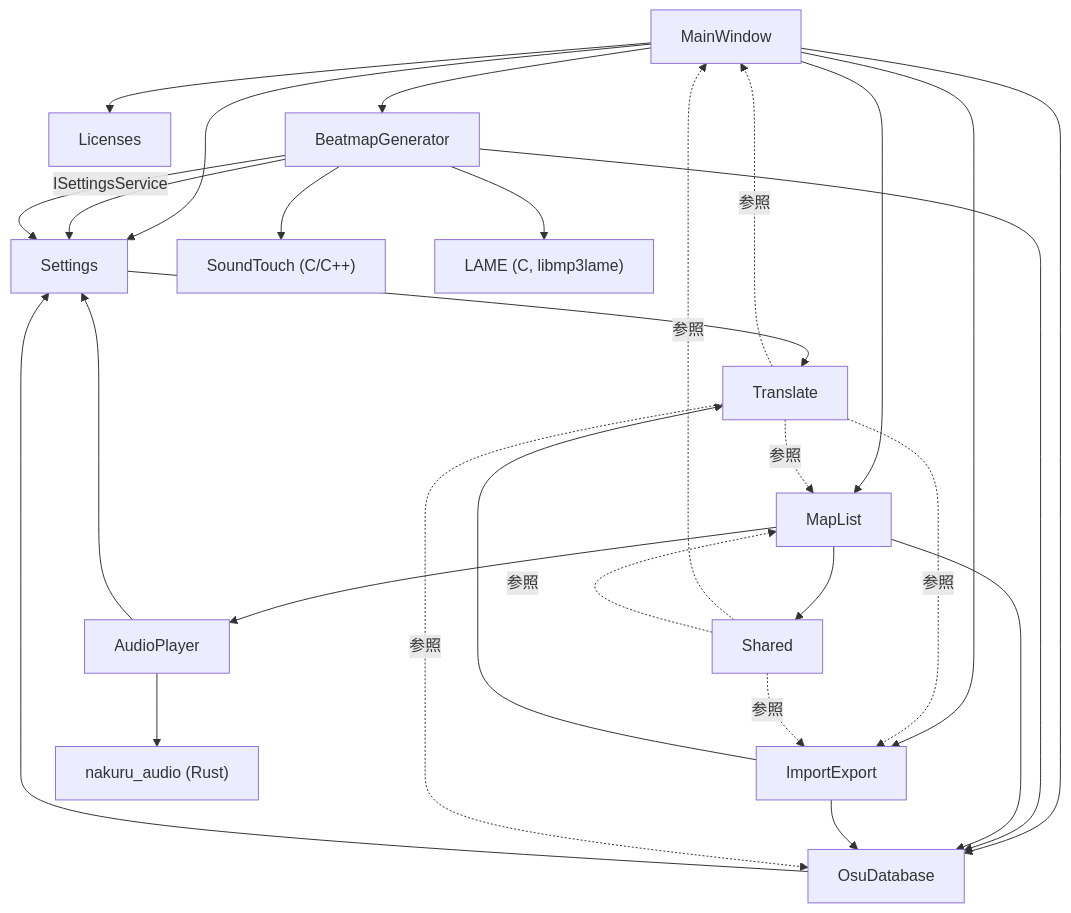
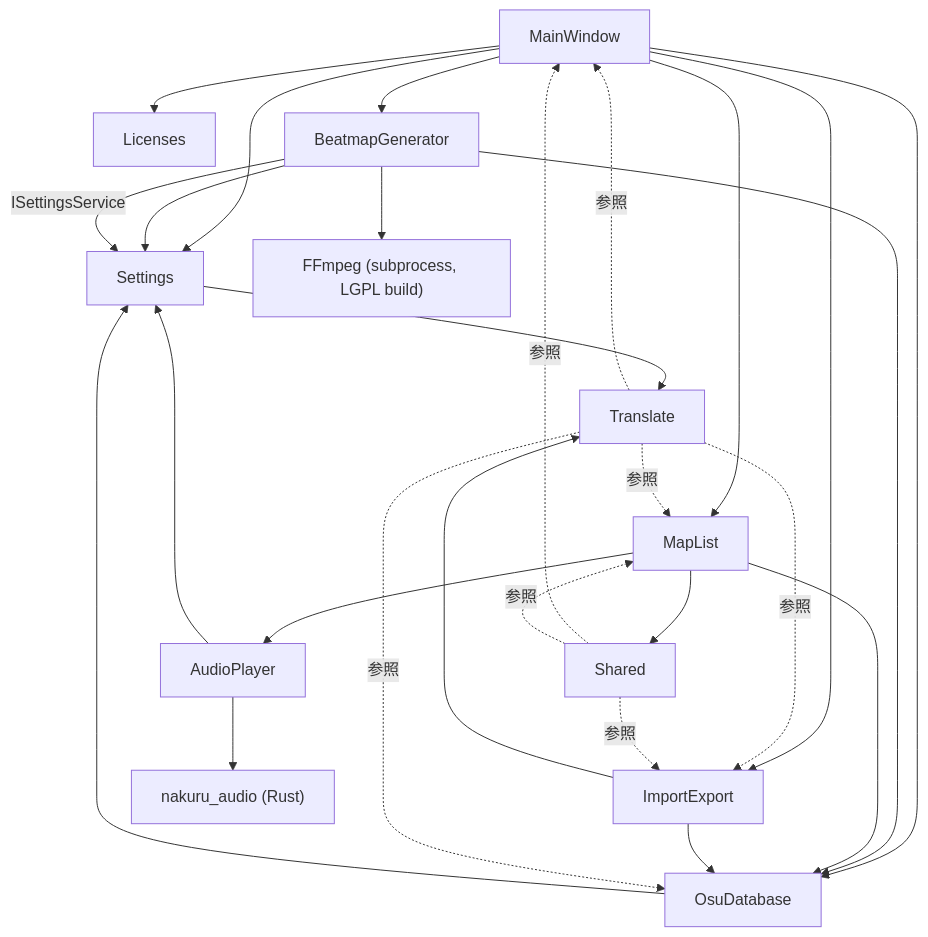
The diagram in docs/ARCHITECTURE.md (rice5941/NakuruTool_Avalonia_AOT), drawn with Mermaid before and after one commit. The commit also changed other lines of this file and 33 other files, not shown here.

````diff
--- a/docs/ARCHITECTURE.md
+++ b/docs/ARCHITECTURE.md
@@ -217,30 +208,29 @@
 ```mermaid
 graph TD
     MW[MainWindow] --> Settings
     MW --> OsuDatabase
     MW --> MapList
     MW --> ImportExport
     MW --> Licenses
     MW --> BeatmapGenerator
     BeatmapGenerator --> OsuDatabase
     BeatmapGenerator --> Settings
     BeatmapGenerator -->|ISettingsService| Settings
     MapList --> OsuDatabase
     MapList --> AudioPlayer
     MapList --> Shared
     ImportExport --> OsuDatabase
     ImportExport --> Translate
     AudioPlayer --> Settings
     AudioPlayer --> NativeLib["nakuru_audio (Rust)"]
-    BeatmapGenerator --> SoundTouchLib["SoundTouch (C/C++)"]
-    BeatmapGenerator --> LameLib["LAME (C, libmp3lame)"]
+    BeatmapGenerator --> FFmpeg["FFmpeg (subprocess, LGPL build)"]
     OsuDatabase --> Settings
     Settings --> Translate
     Translate -.->|参照| MW
     Translate -.->|参照| MapList
     Translate -.->|参照| OsuDatabase
     Translate -.->|参照| ImportExport
     Shared -.->|参照| MW
     Shared -.->|参照| MapList
     Shared -.->|参照| ImportExport
 ```
````
